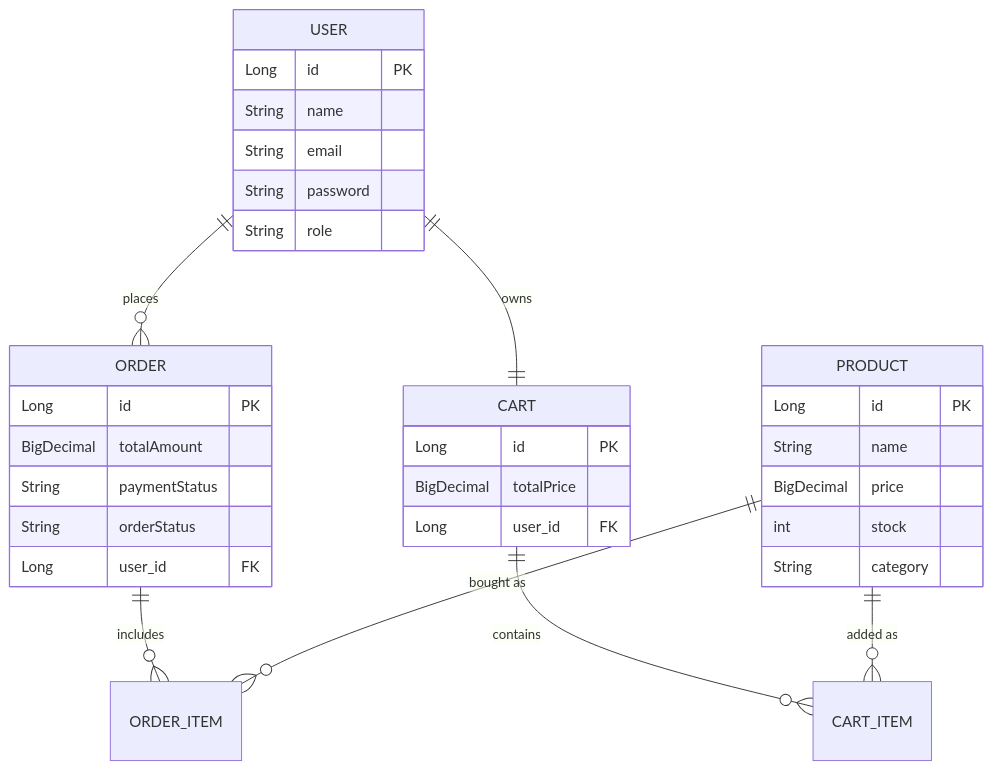
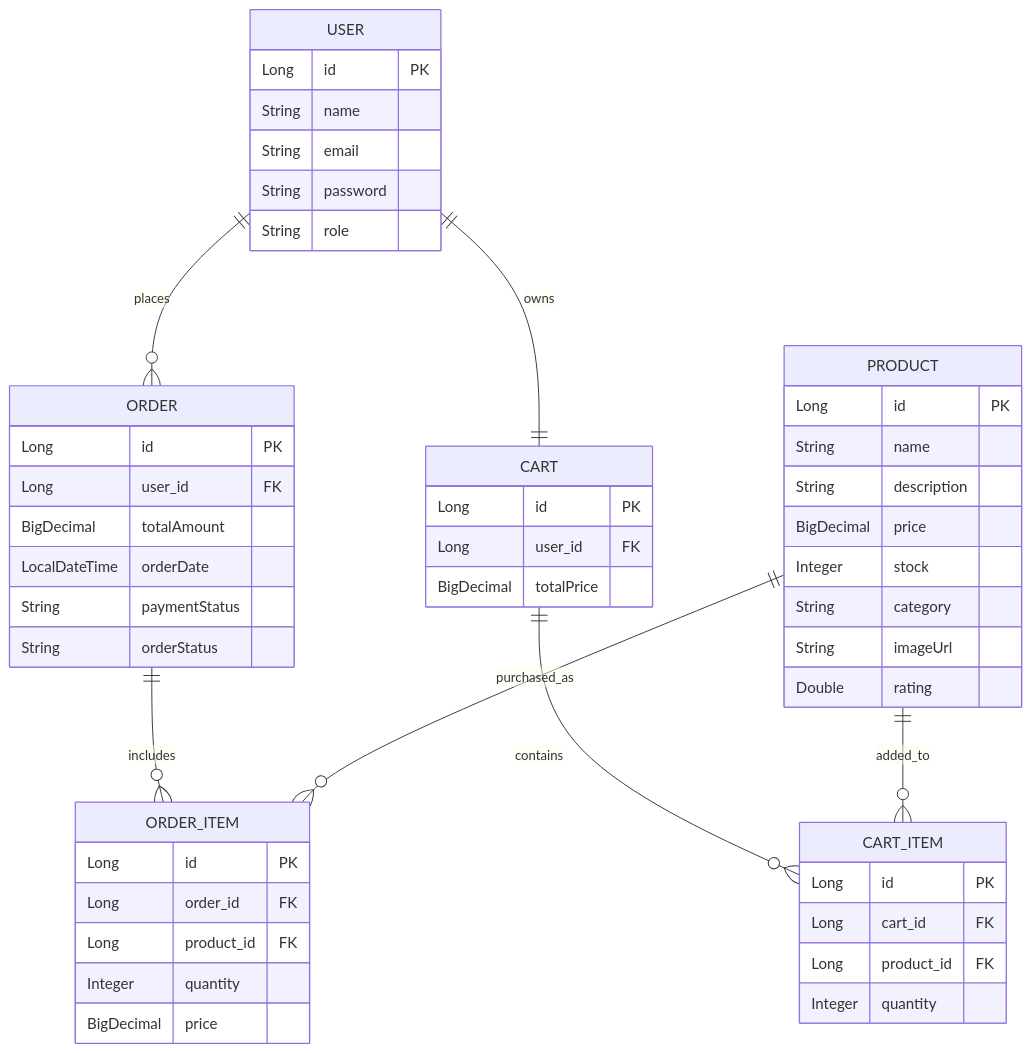
One commit to Swastii06/ecommerce-backend-api changed the diagram in ecommerce-backend/README.md. Above: the diagram before and after it, drawn with Mermaid.

````diff
--- a/ecommerce-backend/README.md
+++ b/ecommerce-backend/README.md
@@ -45,37 +45,59 @@
 ```mermaid
 erDiagram
     USER ||--o{ ORDER : places
     USER ||--|| CART : owns
     CART ||--o{ CART_ITEM : contains
     ORDER ||--o{ ORDER_ITEM : includes
-    PRODUCT ||--o{ CART_ITEM : "added as"
-    PRODUCT ||--o{ ORDER_ITEM : "bought as"
+    PRODUCT ||--o{ CART_ITEM : "added_to"
+    PRODUCT ||--o{ ORDER_ITEM : "purchased_as"
 
     USER {
         Long id PK
         String name
         String email
         String password
         String role
     }
+
     PRODUCT {
         Long id PK
         String name
+        String description
         BigDecimal price
-        int stock
+        Integer stock
         String category
+        String imageUrl
+        Double rating
     }
+
     CART {
         Long id PK
+        Long user_id FK
         BigDecimal totalPrice
-        Long user_id FK
     }
+
+    CART_ITEM {
+        Long id PK
+        Long cart_id FK
+        Long product_id FK
+        Integer quantity
+    }
+
     ORDER {
         Long id PK
+        Long user_id FK
         BigDecimal totalAmount
+        LocalDateTime orderDate
         String paymentStatus
         String orderStatus
-        Long user_id FK
+    }
+
+    ORDER_ITEM {
+        Long id PK
+        Long order_id FK
+        Long product_id FK
+        Integer quantity
+        BigDecimal price
     }
 
  ```
````
